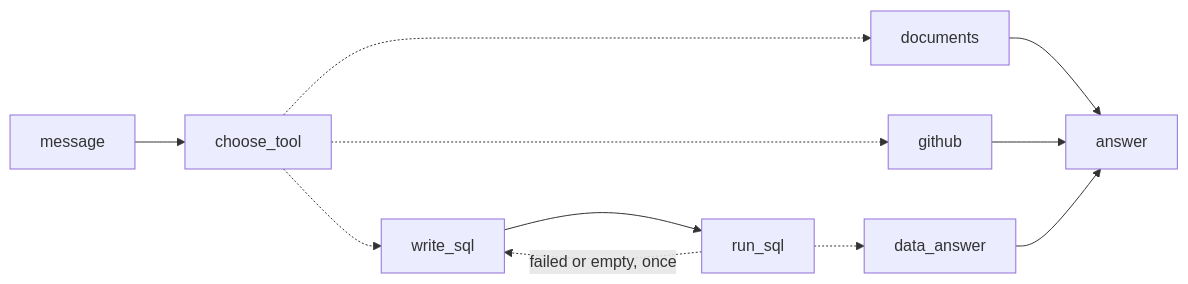
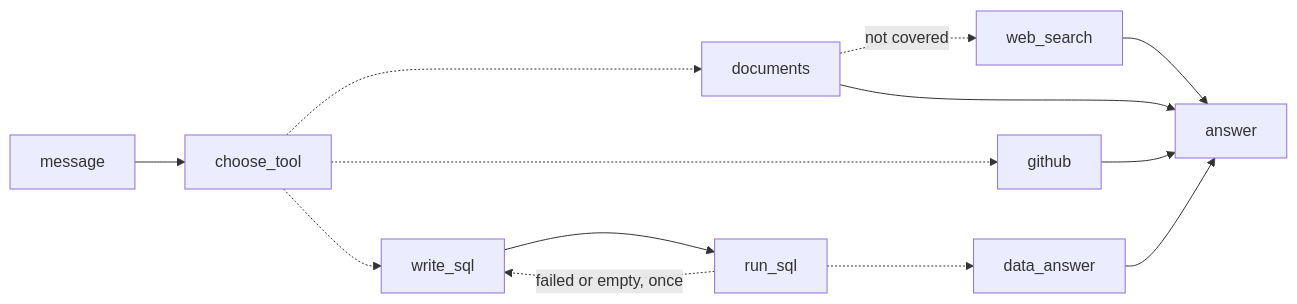
The diagram in README.md (jcsmei/Claude_Demo), drawn with Mermaid before and after one commit. The commit also changed other lines of this file and 9 other files, not shown here.

First line of the commit message:
Search the web when the documents do not cover a question

````diff
--- a/README.md
+++ b/README.md
@@ -31,13 +34,15 @@
 ```mermaid
 flowchart LR
     message --> choose_tool
     choose_tool -.-> documents
+    documents -.->|not covered| web_search
+    web_search --> answer
     choose_tool -.-> github
     choose_tool -.-> write_sql
     write_sql --> run_sql
     run_sql -.->|failed or empty, once| write_sql
     run_sql -.-> data_answer
     documents --> answer
     github --> answer
     data_answer --> answer
 ```
````
